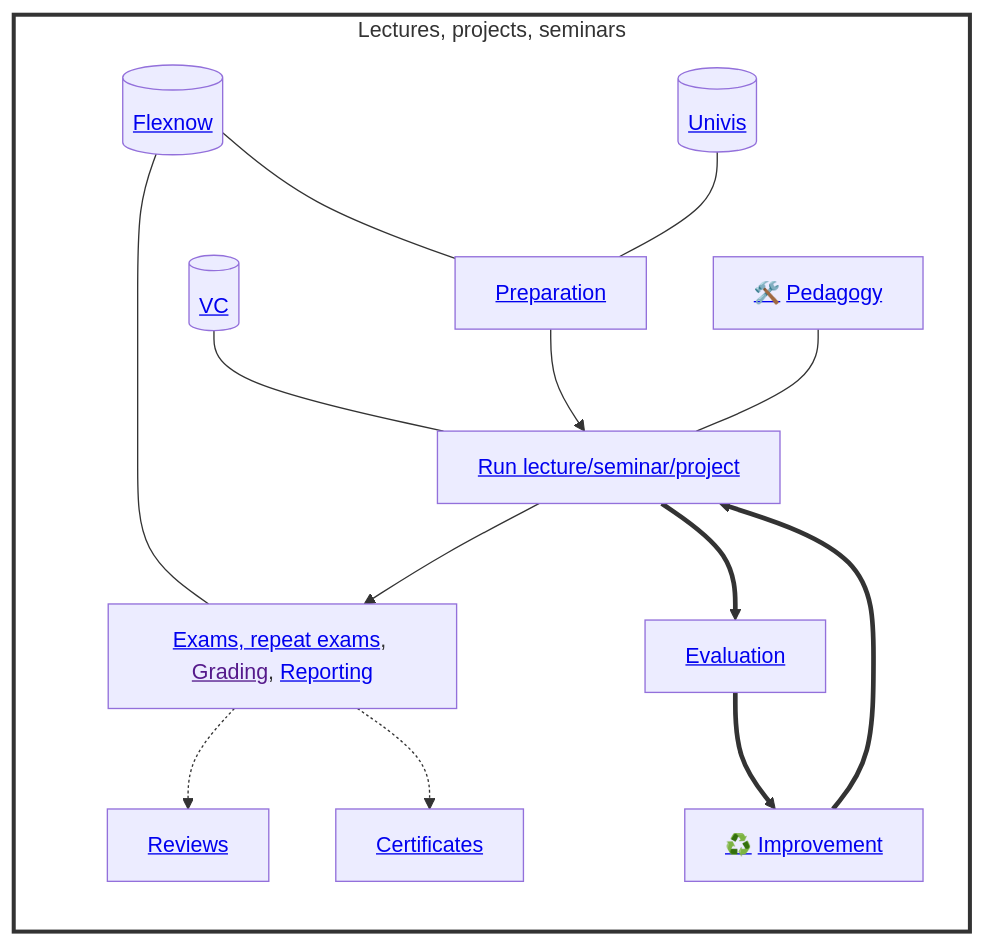
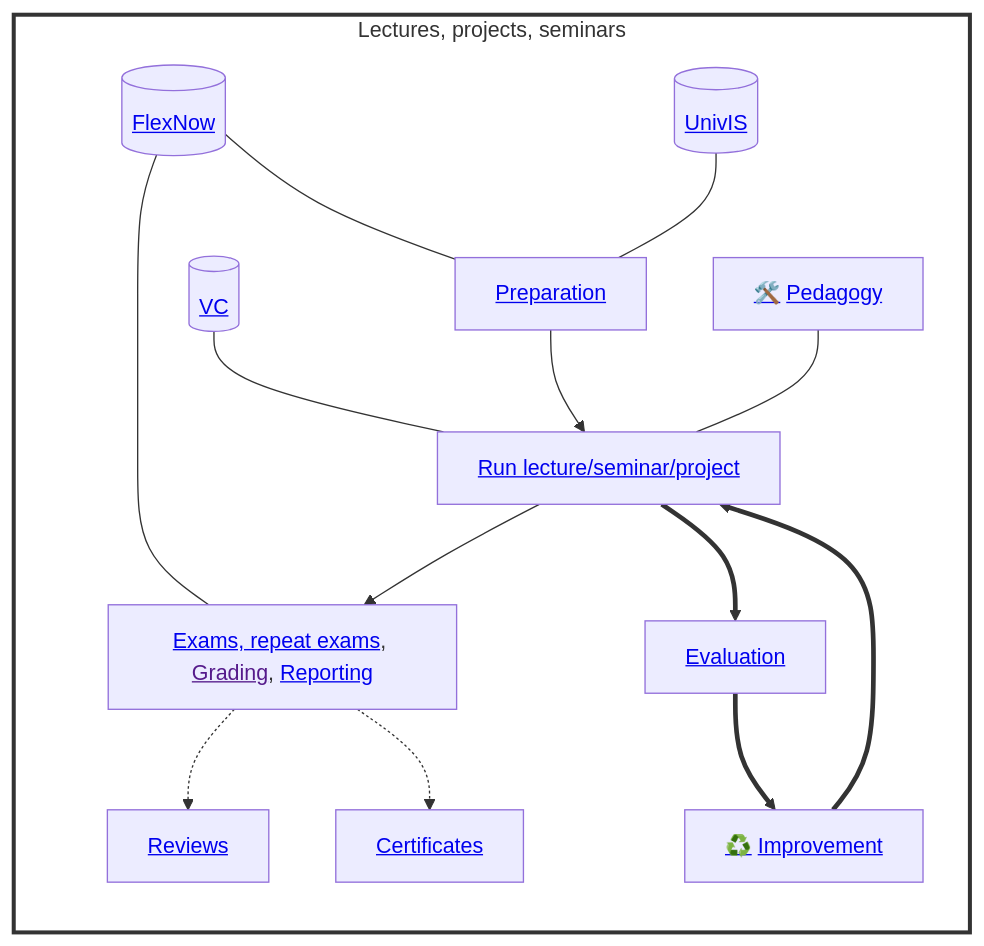
The first of 2 diagrams in docs/30-teaching/index.md (digital-work-lab/handbook), drawn with Mermaid before and after one commit. The commit also changed other lines of this file and 40 other files, not shown here.

````diff
--- a/docs/30-teaching/index.md
+++ b/docs/30-teaching/index.md
@@ -14,24 +14,24 @@
 ```mermaid
 flowchart TB
     subgraph main["Lectures, projects, seminars"]
         direction TB
 
-        Flexnow[("<a href='30_processes/30.15.flexnow.html'>Flexnow</a>")]
-        Flexnow --- Prepare
-        Flexnow --- Grade
-        Univis[("<a href='30_processes/30.16.univis.html'>Univis</a>")]
-        Univis --- Prepare
+        FlexNow[("<a href='30_processes/30.15.flexnow.html'>FlexNow</a>")]
+        FlexNow --- Prepare
+        FlexNow --- Grade
+        UnivIS[("<a href='30_processes/30.16.univis.html'>UnivIS</a>")]
+        UnivIS --- Prepare
         VC[("<a href='30_processes/30.19.virtual_campus.html'>VC</a>")] --- Run
 
         Prepare["<a href='30_processes/30.09.new_modules.html'>Preparation</a>"] --> Run["<a href='30_processes/30.02.courses.html#course-list'>Run lecture/seminar/project</a>"]
         Run --> Grade["<a href='30_processes/30.59.exams.html'>Exams, repeat exams</a>, <a href=''>Grading</a>, <a href='30_processes/30.20.reports.html'>Reporting</a>"]
         Pedagogy["<a href='../10-lab/10_processes/10.01.goals.html'>🛠️</a> <a href='30_processes/30.07.pedagogy.html'>Pedagogy</a>"] --- Run
         Grade -.-> Reviews["<a href='30_processes/30.60.reviews.html'>Reviews</a>"]
         Grade -.-> Certificates["<a href='30_processes/30.51.certificates.html'>Certificates</a>"]
         Run ==> Evaluate["<a href='30_processes/30.21.evaluations.html'>Evaluation</a>"]
         Evaluate ==> Improve["<a href='../10-lab/10_processes/10.01.goals.html'>♻️</a> <a href='30_processes/30.22.improvements.html'>Improvement</a>"]
         Improve ==> Run
     end
     style main fill:white,stroke:#333,stroke-width:3px
 
 ```
````
